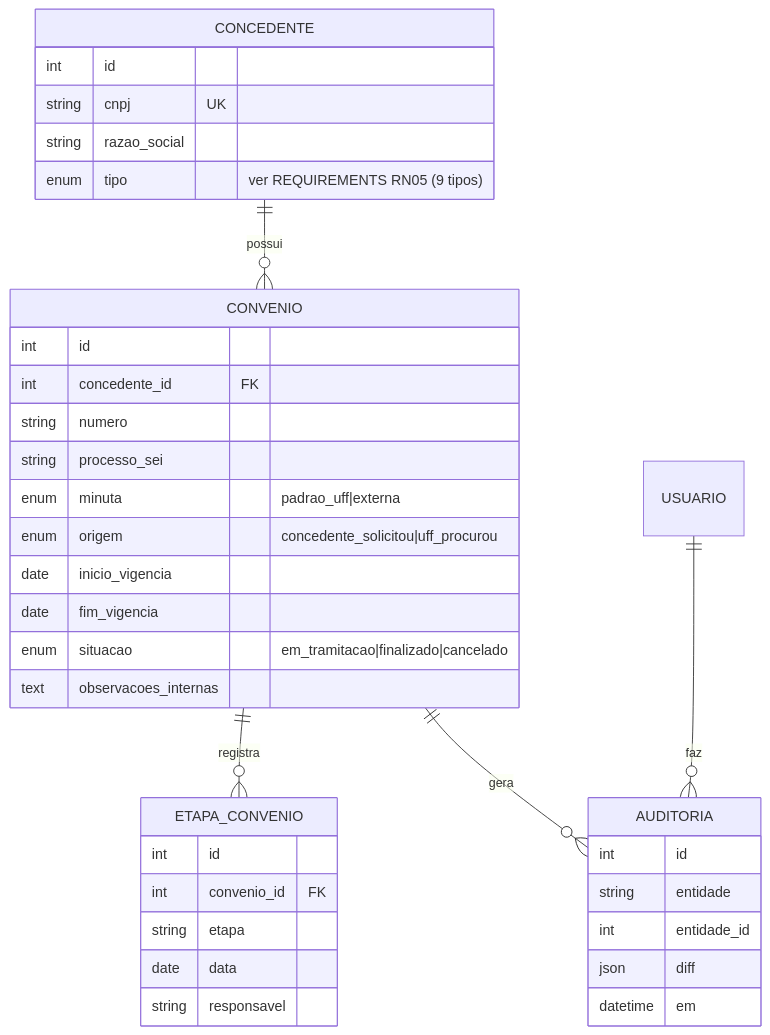
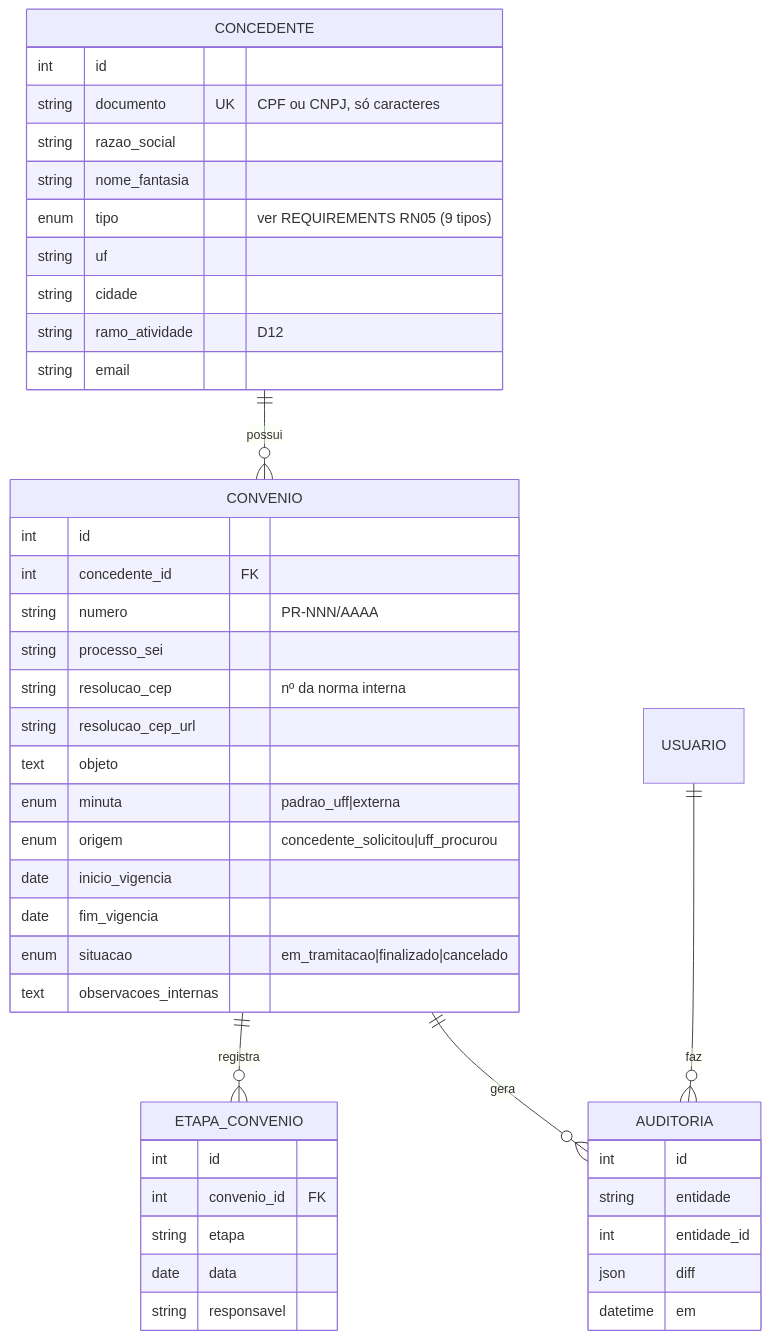
One commit to estudio-max/estagio-da-uff changed the third of 3 diagrams in ARCHITECTURE.md. Above: the diagram before and after it, drawn with Mermaid. The commit also changed other lines of this file and 18 other files, not shown here.

````diff
--- a/ARCHITECTURE.md
+++ b/ARCHITECTURE.md
@@ -43,39 +43,47 @@
 ```mermaid
 erDiagram
   CONCEDENTE ||--o{ CONVENIO : possui
   CONVENIO ||--o{ ETAPA_CONVENIO : registra
   CONVENIO ||--o{ AUDITORIA : gera
   USUARIO ||--o{ AUDITORIA : faz
   CONCEDENTE {
     int id
-    string cnpj UK
+    string documento UK "CPF ou CNPJ, só caracteres"
     string razao_social
+    string nome_fantasia
     enum tipo "ver REQUIREMENTS RN05 (9 tipos)"
+    string uf
+    string cidade
+    string ramo_atividade "D12"
+    string email
   }
   CONVENIO {
     int id
     int concedente_id FK
-    string numero
+    string numero "PR-NNN/AAAA"
     string processo_sei
+    string resolucao_cep "nº da norma interna"
+    string resolucao_cep_url
+    text objeto
     enum minuta "padrao_uff|externa"
     enum origem "concedente_solicitou|uff_procurou"
     date inicio_vigencia
     date fim_vigencia
     enum situacao "em_tramitacao|finalizado|cancelado"
     text observacoes_internas
   }
   ETAPA_CONVENIO {
     int id
     int convenio_id FK
     string etapa
     date data
     string responsavel
   }
   AUDITORIA {
     int id
     string entidade
     int entidade_id
     json diff
     datetime em
   }
 ```
````
